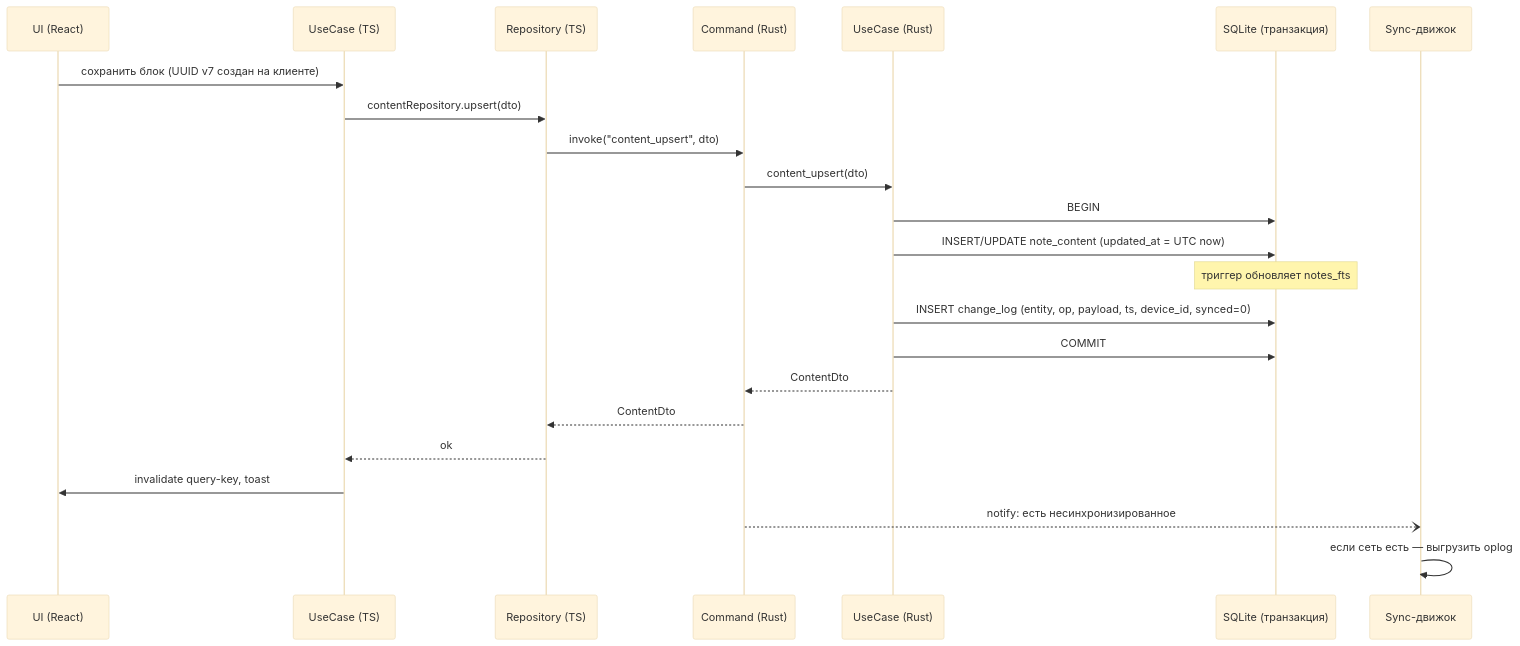
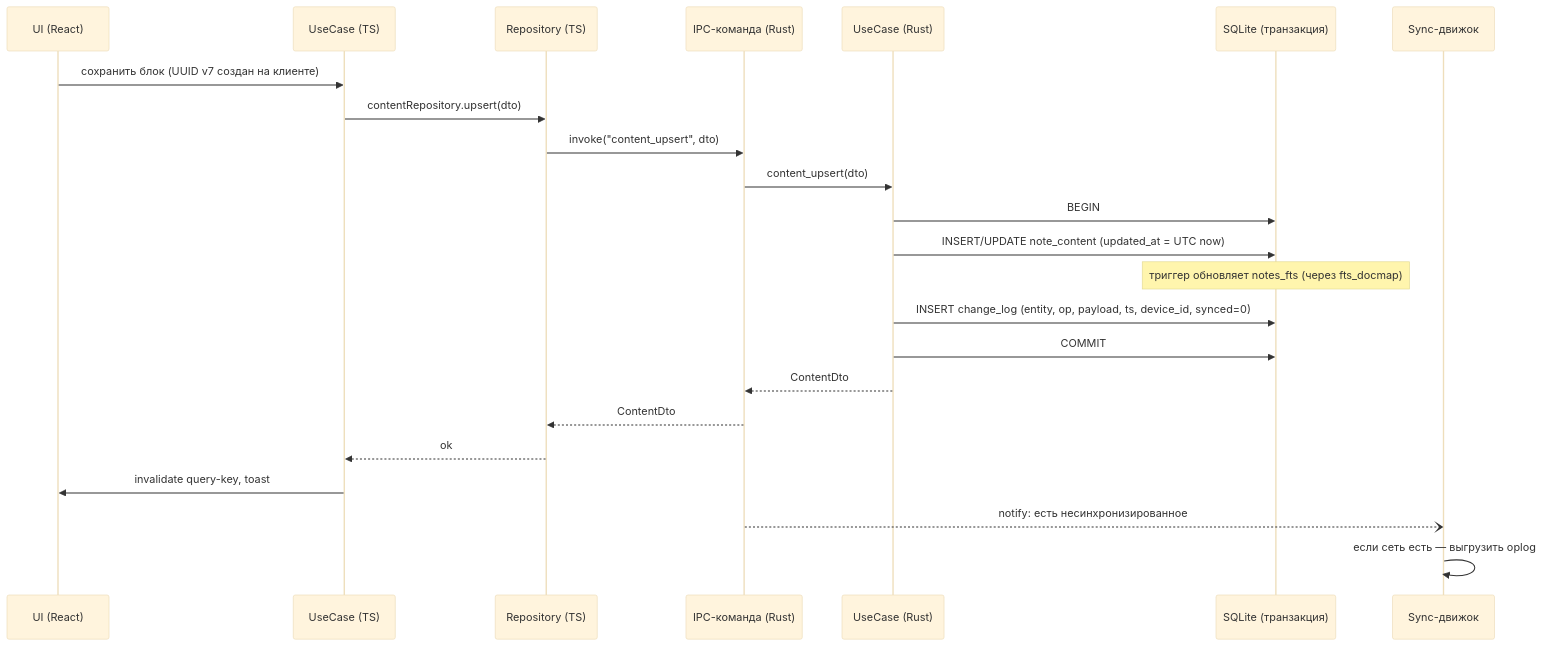
One commit to Mafiozist/Mafiozist changed the third of 4 diagrams in DevNotes/docs/04-ARCHITECTURE.md. Above: the diagram before and after it, drawn with Mermaid (base theme). The commit also changed other lines of this file and 9 other files, not shown here.

````diff
--- a/DevNotes/docs/04-ARCHITECTURE.md
+++ b/DevNotes/docs/04-ARCHITECTURE.md
@@ -186,26 +207,26 @@
 ```mermaid
 sequenceDiagram
     participant UI as UI (React)
     participant UC as UseCase (TS)
     participant R as Repository (TS)
-    participant C as Command (Rust)
+    participant C as IPC-команда (Rust)
     participant UCR as UseCase (Rust)
     participant DB as SQLite (транзакция)
     participant SY as Sync-движок
 
     UI->>UC: сохранить блок (UUID v7 создан на клиенте)
     UC->>R: contentRepository.upsert(dto)
     R->>C: invoke("content_upsert", dto)
     C->>UCR: content_upsert(dto)
     UCR->>DB: BEGIN
     UCR->>DB: INSERT/UPDATE note_content (updated_at = UTC now)
-    Note over DB: триггер обновляет notes_fts
+    Note over DB: триггер обновляет notes_fts (через fts_docmap)
     UCR->>DB: INSERT change_log (entity, op, payload, ts, device_id, synced=0)
     UCR->>DB: COMMIT
     UCR-->>C: ContentDto
     C-->>R: ContentDto
     R-->>UC: ok
     UC->>UI: invalidate query-key, toast
     C--)SY: notify: есть несинхронизированное
     SY->>SY: если сеть есть — выгрузить oplog
 ```
````
